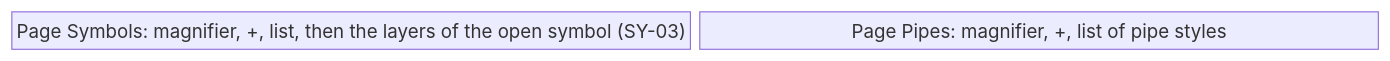
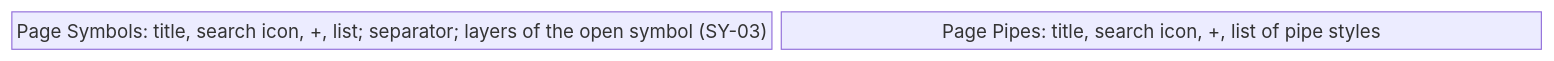
The second of 14 diagrams in screens/symbols.md (AlexandreGallais/synoptic-studio-spec), drawn with Mermaid before and after one commit. The commit also changed other lines of this file and 4 other files, not shown here.

First line of the commit message:
docs(symbols): search icons on list titles and an icon modes menu

````diff
--- a/screens/symbols.md
+++ b/screens/symbols.md
@@ -54,6 +54,6 @@
 ```mermaid
 block-beta
     columns 2
-    sym["Page Symbols: magnifier, +, list, then the layers of the open symbol (SY-03)"]
-    pip["Page Pipes: magnifier, +, list of pipe styles"]
+    sym["Page Symbols: title, search icon, +, list; separator; layers of the open symbol (SY-03)"]
+    pip["Page Pipes: title, search icon, +, list of pipe styles"]
 ```
````
